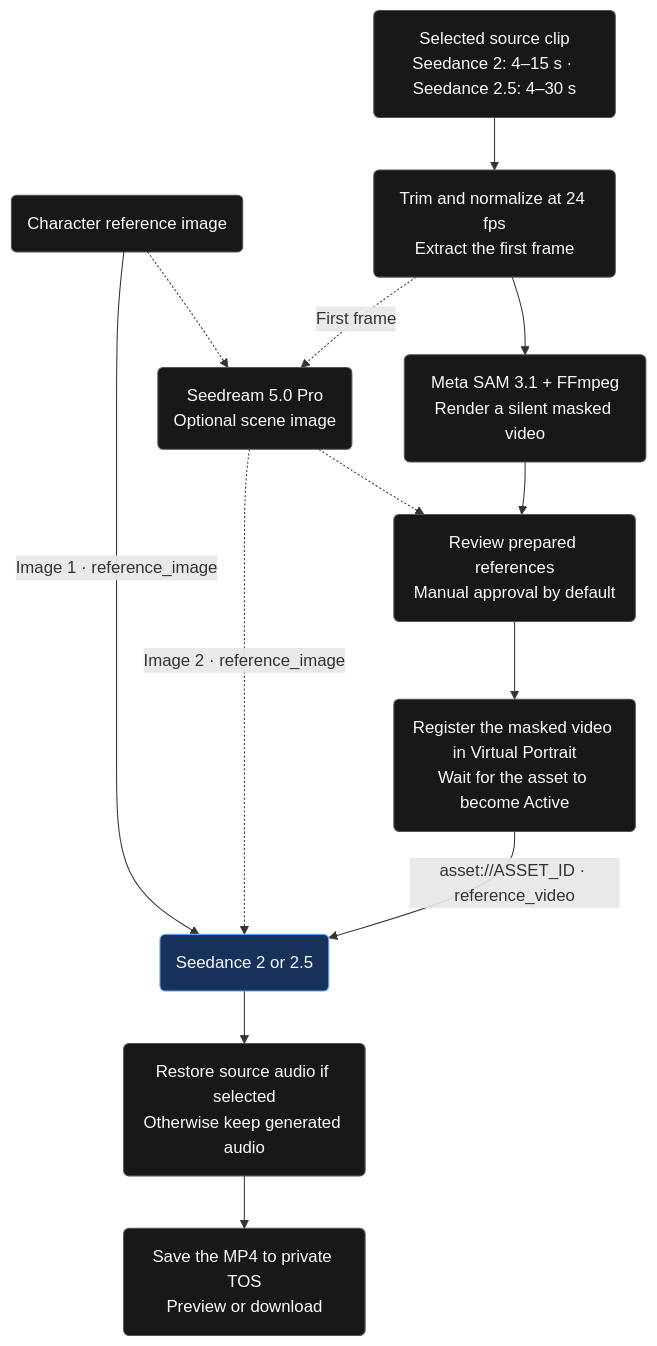
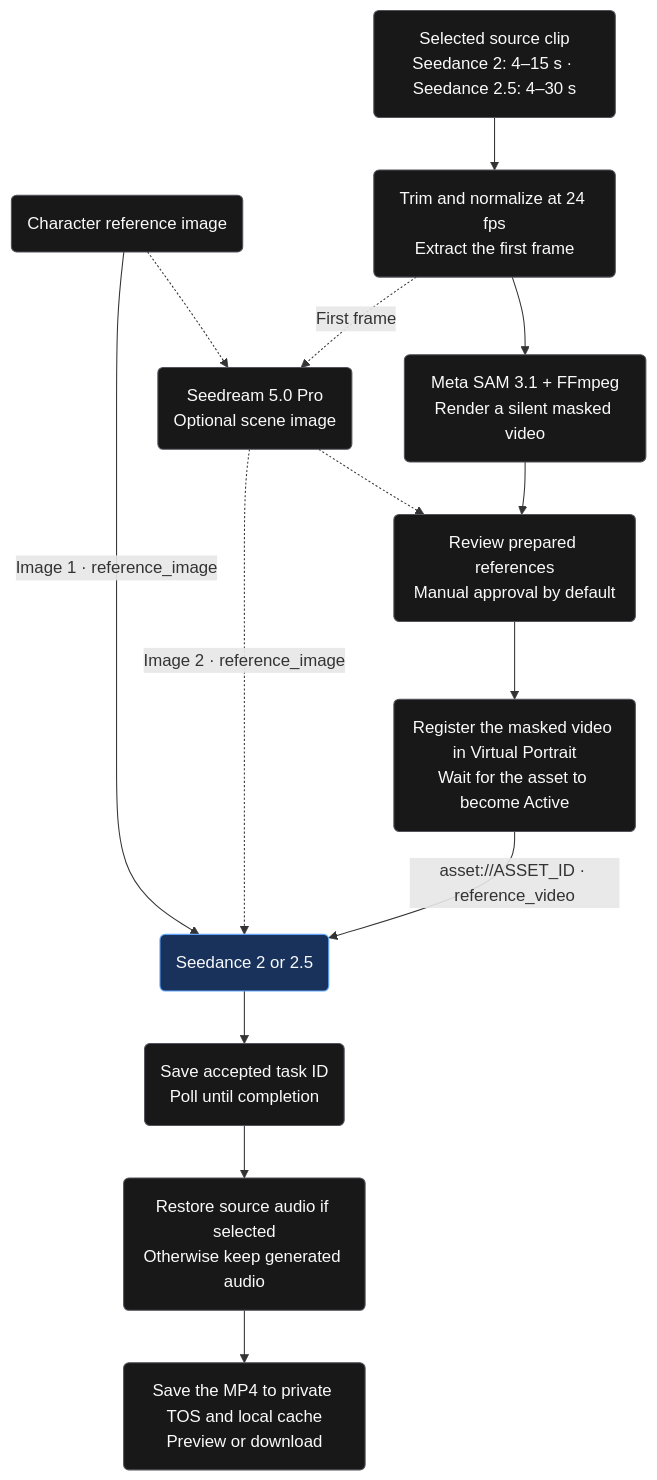
Before and after one commit to ArthurReimus-ByteDance/seed-genjutsu: the first of 6 diagrams in README.md, drawn with Mermaid. The commit also changed other lines of this file and 65 other files, not shown here.

````diff
--- a/README.md
+++ b/README.md
@@ -35,27 +95,28 @@
 ```mermaid
 flowchart TD
     Clip("Selected source clip<br/>Seedance 2: 4–15 s · Seedance 2.5: 4–30 s")
     Character("Character reference image")
     Prep("Trim and normalize at 24 fps<br/>Extract the first frame")
     Mask("Meta SAM 3.1 + FFmpeg<br/>Render a silent masked video")
     Scene("Seedream 5.0 Pro<br/>Optional scene image")
     Review("Review prepared references<br/>Manual approval by default")
     Portrait("Register the masked video in Virtual Portrait<br/>Wait for the asset to become Active")
     Seedance("Seedance 2 or 2.5")
+    Poll("Save accepted task ID<br/>Poll until completion")
     Audio("Restore source audio if selected<br/>Otherwise keep generated audio")
-    Result("Save the MP4 to private TOS<br/>Preview or download")
+    Result("Save the MP4 to private TOS and local cache<br/>Preview or download")
 
     Clip --> Prep --> Mask --> Review --> Portrait
     Prep -.->|First frame| Scene
     Character -.-> Scene
     Scene -.-> Review
     Portrait -->|asset://ASSET_ID · reference_video| Seedance
     Character -->|Image 1 · reference_image| Seedance
     Scene -.->|Image 2 · reference_image| Seedance
-    Seedance --> Audio --> Result
+    Seedance --> Poll --> Audio --> Result
 
     classDef step fill:#181818,stroke:#52525b,color:#fafafa
     classDef generation fill:#18325c,stroke:#60a5fa,color:#f8fafc
-    class Clip,Character,Prep,Mask,Scene,Review,Portrait,Audio,Result step
+    class Clip,Character,Prep,Mask,Scene,Review,Portrait,Poll,Audio,Result step
     class Seedance generation
 ```
````
